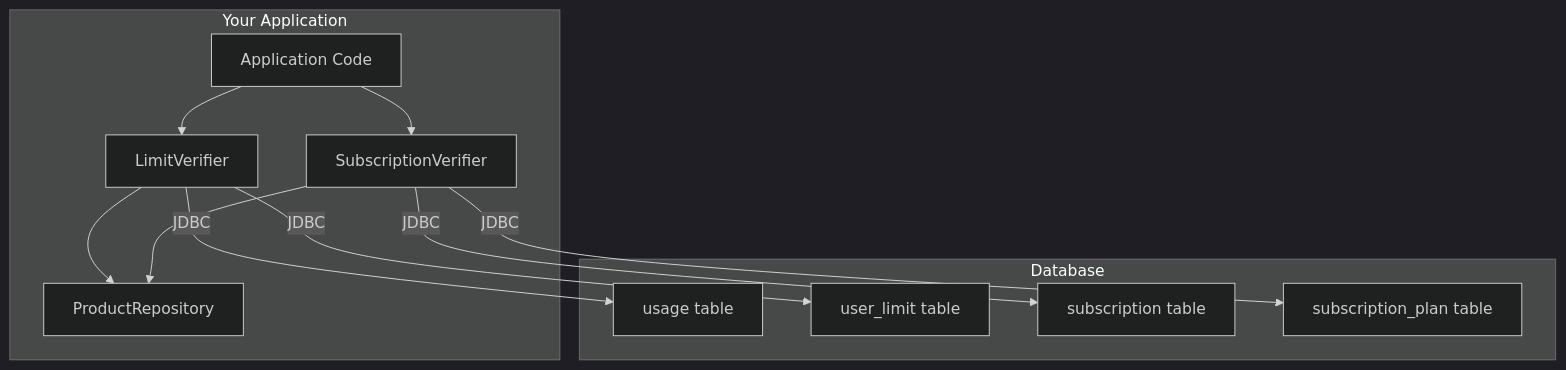
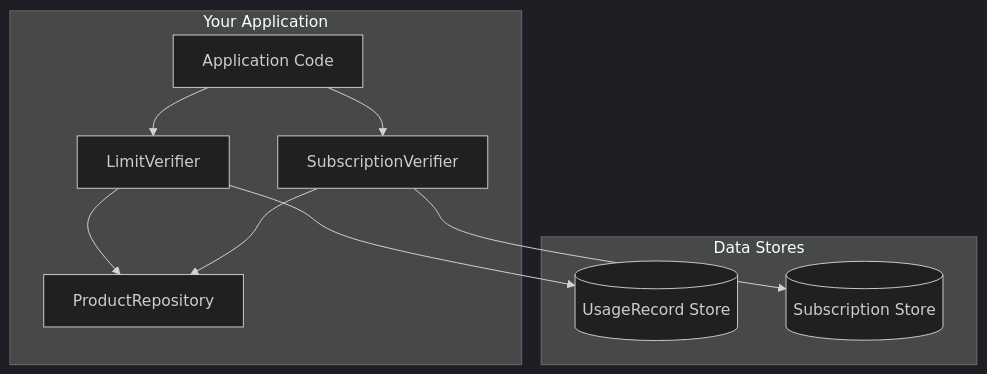
Before and after one commit to terpomo-io/pmitz: the first of 4 diagrams in docs/local-vs-remote-modes.md, drawn with Mermaid (dark theme). The commit also changed other lines of this file and 3 other files, not shown here.

````diff
--- a/docs/local-vs-remote-modes.md
+++ b/docs/local-vs-remote-modes.md
@@ -22,25 +20,21 @@
 ```mermaid
 flowchart TB
     subgraph Application["Your Application"]
         App[Application Code]
         LV[LimitVerifier]
         SV[SubscriptionVerifier]
         PR[ProductRepository]
     end
 
-    subgraph Database["Database"]
-        UT[usage table]
-        ULT[user_limit table]
-        ST[subscription table]
-        SPT[subscription_plan table]
+    subgraph Stores["Data Stores"]
+        US[("UsageRecord Store")]
+        SS[("Subscription Store")]
     end
 
     App --> LV
     App --> SV
     LV --> PR
     SV --> PR
-    LV -->|JDBC| UT
-    LV -->|JDBC| ULT
-    SV -->|JDBC| ST
-    SV -->|JDBC| SPT
+    LV --> US
+    SV --> SS
 ```
````
